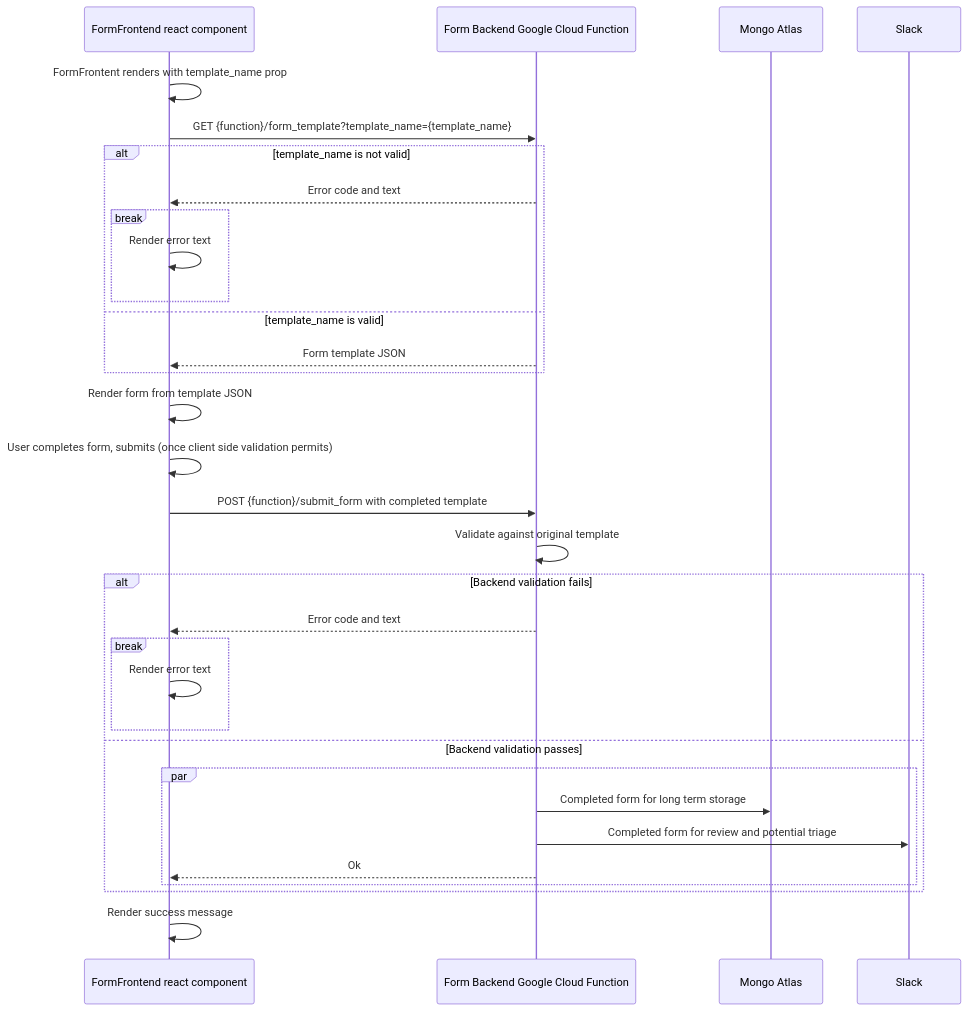
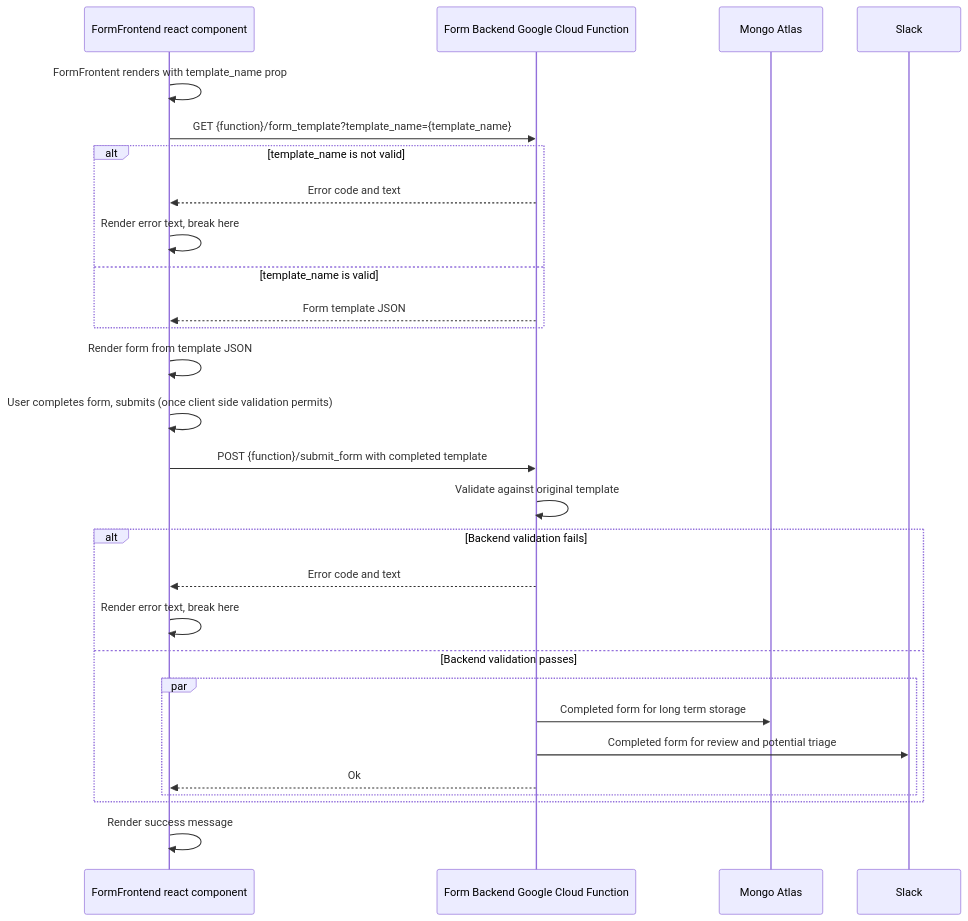
The sixth of 6 diagrams in docs/infrastructure.md (TBS-EACPD/infobase), drawn with Mermaid before and after one commit. The commit also changed other lines of this file, not shown here.

Commit message:
Mermaid sequence diagram break blocks cause syntax errors on GitHub, remove them

````diff
--- a/docs/infrastructure.md
+++ b/docs/infrastructure.md
@@ -281,47 +279,43 @@
 ```mermaid
 sequenceDiagram
   participant front as FormFrontend react component
   participant back as Form Backend Google Cloud Function
   participant db as Mongo Atlas
   participant slack as Slack
 
   front->>front: FormFrontent renders with template_name prop
 
   front->>back: GET {function}/form_template?template_name={template_name}
 
   alt template_name is not valid
     back-->>front: Error code and text
 
-    break
-      front->>front: Render error text
-    end
+    front->>front: Render error text, break here
   else template_name is valid
     back-->>front: Form template JSON
   end
 
   front->>front: Render form from template JSON
 
   front->>front: User completes form, submits (once client side validation permits)
 
   front->>back: POST {function}/submit_form with completed template
 
   back->>back: Validate against original template
 
   alt Backend validation fails
     back-->>front: Error code and text
 
-    break
-      front->>front: Render error text
-    end
+    front->>front: Render error text, break here
   else Backend validation passes
     par
       back->>db: Completed form for long term storage
 
       back->>slack: Completed form for review and potential triage
 
       back-->>front: Ok
     end
   end
 
   front->>front: Render success message
 ```
````
